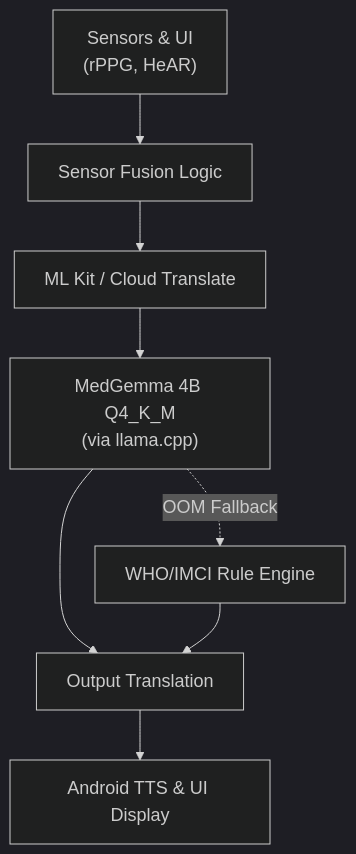
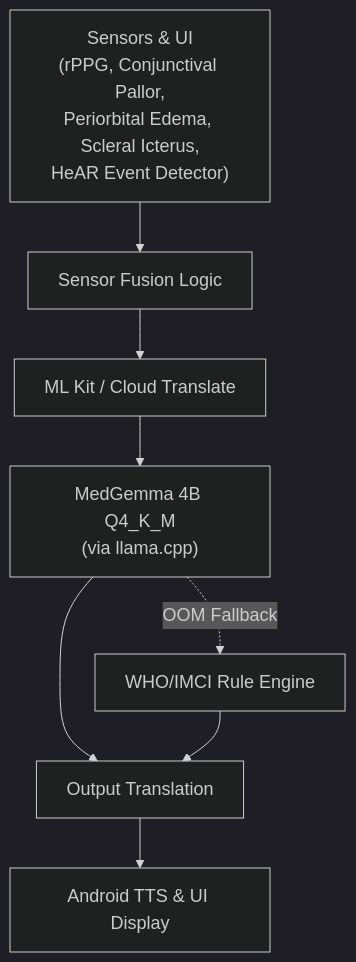
Before and after one commit to Elormyevu/nku-medgemma-conversion: the diagram in kaggle_submission_appendix.md, drawn with Mermaid.

Commit message:
docs: Replaced \n with <br/> tags in Mermaid diagram to fix Kaggle truncation and added all 5 sensors

````diff
--- a/kaggle_submission_appendix.md
+++ b/kaggle_submission_appendix.md
@@ -752,11 +752,11 @@
 ```mermaid
 %%{init: {'theme':'dark', 'themeVariables':{'fontSize':'18px'}}}%%
 graph TD
-    Sensors["   Sensors & UI\n(rPPG, HeAR)   "] --> Fusion["   Sensor Fusion Logic   "]
-    Fusion --> TransIn["   ML Kit / Cloud Translate   "]
-    TransIn --> MedGemma["   MedGemma 4B Q4_K_M\n(via llama.cpp)   "]
-    MedGemma -. "   OOM Fallback   " .-> IMCI["   WHO/IMCI Rule Engine   "]
-    MedGemma --> TransOut["   Output Translation   "]
+    Sensors["Sensors & UI<br/>(rPPG, Conjunctival Pallor,<br/>Periorbital Edema, Scleral Icterus,<br/>HeAR Event Detector)"] --> Fusion["Sensor Fusion Logic"]
+    Fusion --> TransIn["ML Kit / Cloud Translate"]
+    TransIn --> MedGemma["MedGemma 4B Q4_K_M<br/>(via llama.cpp)"]
+    MedGemma -. "OOM Fallback" .-> IMCI["WHO/IMCI Rule Engine"]
+    MedGemma --> TransOut["Output Translation"]
     IMCI --> TransOut
-    TransOut --> TTS["   Android TTS & UI Display   "]
+    TransOut --> TTS["Android TTS & UI Display"]
 ```
````
